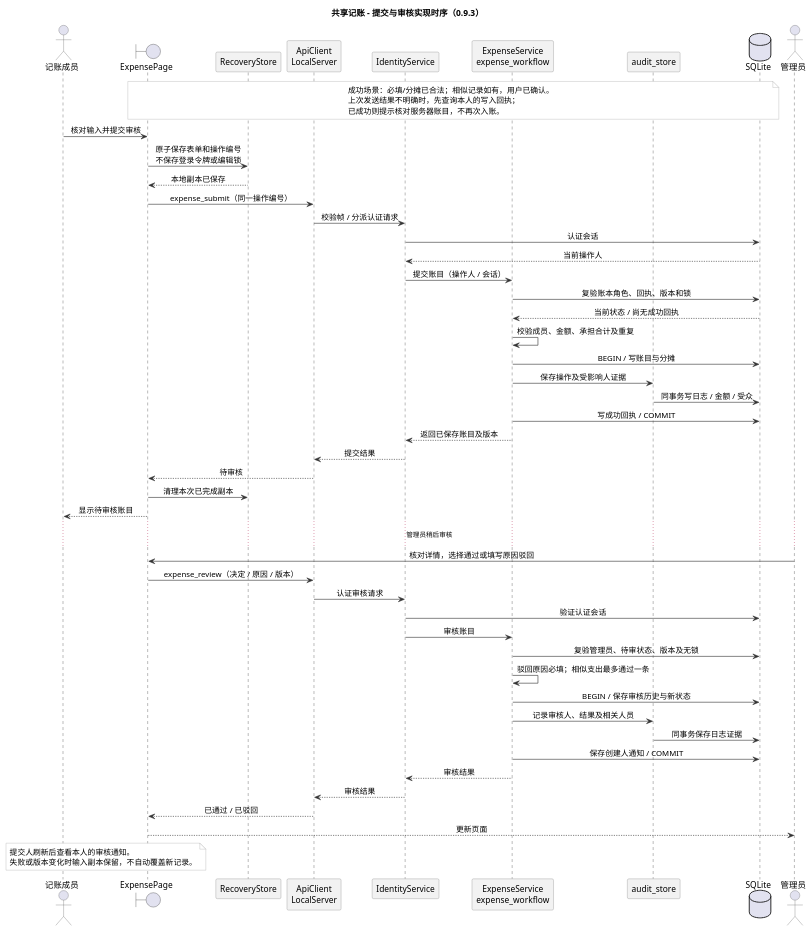
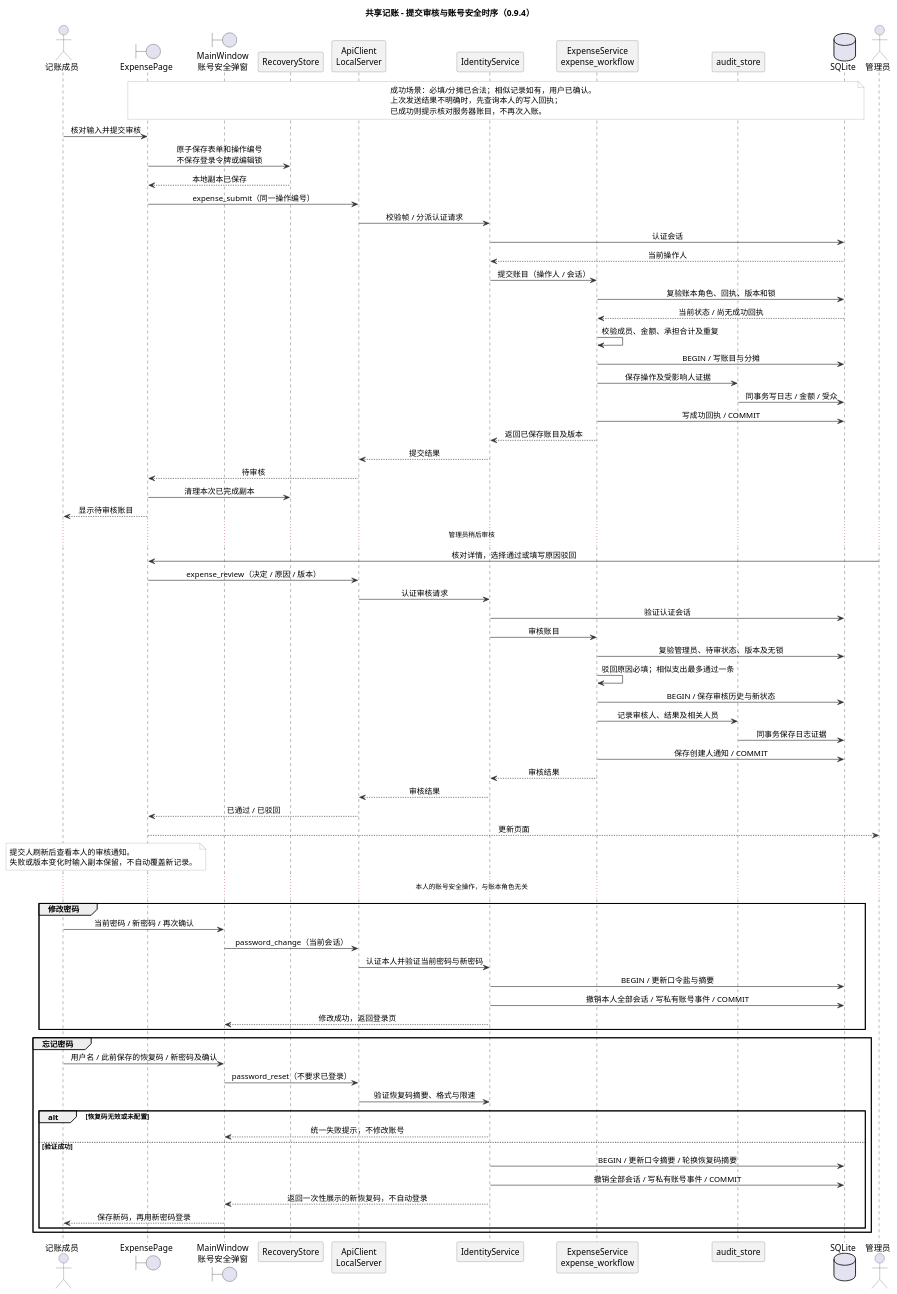
The diagram in lab3/UML/UML时序图.puml (mengluoxingchen/SoftwareProject-lab1), drawn with PlantUML before and after one commit. The commit also changed 27 other files, not shown here.

```diff
--- a/lab3/UML/UML时序图.puml
+++ b/lab3/UML/UML时序图.puml
@@ -1,69 +1,93 @@
 @startuml
 skinparam backgroundColor white
 skinparam shadowing false
 skinparam defaultFontName Microsoft YaHei
 skinparam sequenceMessageAlign center
 skinparam ParticipantBackgroundColor #F2F2F2
 skinparam ParticipantBorderColor #777777
 skinparam ActorBorderColor #555555
 skinparam ArrowColor #333333
 skinparam NoteBackgroundColor #FFFFFF
 skinparam NoteBorderColor #999999
-title 共享记账 - 提交与审核实现时序（0.9.3）
+title 共享记账 - 提交审核与账号安全时序（0.9.4）
 actor "记账成员" as Member
 boundary "ExpensePage" as UI
+boundary "MainWindow\n账号安全弹窗" as SecurityUI
 participant "RecoveryStore" as Local
 participant "ApiClient\nLocalServer" as IPC
 participant "IdentityService" as Identity
 participant "ExpenseService\nexpense_workflow" as Expense
 participant "audit_store" as Audit
 database "SQLite" as DB
 actor "管理员" as Admin
 
 note over UI, DB
 成功场景：必填/分摊已合法；相似记录如有，用户已确认。
 上次发送结果不明确时，先查询本人的写入回执；
 已成功则提示核对服务器账目，不再次入账。
 end note
 Member -> UI : 核对输入并提交审核
 UI -> Local : 原子保存表单和操作编号\n不保存登录令牌或编辑锁
 Local --> UI : 本地副本已保存
 UI -> IPC : expense_submit（同一操作编号）
 IPC -> Identity : 校验帧 / 分派认证请求
 Identity -> DB : 认证会话
 DB --> Identity : 当前操作人
 Identity -> Expense : 提交账目（操作人 / 会话）
 Expense -> DB : 复验账本角色、回执、版本和锁
 DB --> Expense : 当前状态 / 尚无成功回执
 Expense -> Expense : 校验成员、金额、承担合计及重复
 Expense -> DB : BEGIN / 写账目与分摊
 Expense -> Audit : 保存操作及受影响人证据
 Audit -> DB : 同事务写日志 / 金额 / 受众
 Expense -> DB : 写成功回执 / COMMIT
 Expense --> Identity : 返回已保存账目及版本
 Identity --> IPC : 提交结果
 IPC --> UI : 待审核
 UI -> Local : 清理本次已完成副本
 UI --> Member : 显示待审核账目
 
 ... 管理员稍后审核 ...
 Admin -> UI : 核对详情，选择通过或填写原因驳回
 UI -> IPC : expense_review（决定 / 原因 / 版本）
 IPC -> Identity : 认证审核请求
 Identity -> DB : 验证认证会话
 Identity -> Expense : 审核账目
 Expense -> DB : 复验管理员、待审状态、版本及无锁
 Expense -> Expense : 驳回原因必填；相似支出最多通过一条
 Expense -> DB : BEGIN / 保存审核历史与新状态
 Expense -> Audit : 记录审核人、结果及相关人员
 Audit -> DB : 同事务保存日志证据
 Expense -> DB : 保存创建人通知 / COMMIT
 Expense --> Identity : 审核结果
 Identity --> IPC : 审核结果
 IPC --> UI : 已通过 / 已驳回
 UI --> Admin : 更新页面
 note over Member, UI
   提交人刷新后查看本人的审核通知。
   失败或版本变化时输入副本保留，不自动覆盖新记录。
 end note
+
+... 本人的账号安全操作，与账本角色无关 ...
+group 修改密码
+Member -> SecurityUI : 当前密码 / 新密码 / 再次确认
+SecurityUI -> IPC : password_change（当前会话）
+IPC -> Identity : 认证本人并验证当前密码与新密码
+Identity -> DB : BEGIN / 更新口令盐与摘要
+Identity -> DB : 撤销本人全部会话 / 写私有账号事件 / COMMIT
+Identity --> SecurityUI : 修改成功，返回登录页
+end
+group 忘记密码
+Member -> SecurityUI : 用户名 / 此前保存的恢复码 / 新密码及确认
+SecurityUI -> IPC : password_reset（不要求已登录）
+IPC -> Identity : 验证恢复码摘要、格式与限速
+alt 恢复码无效或未配置
+  Identity --> SecurityUI : 统一失败提示，不修改账号
+else 验证成功
+  Identity -> DB : BEGIN / 更新口令摘要 / 轮换恢复码摘要
+  Identity -> DB : 撤销全部会话 / 写私有账号事件 / COMMIT
+  Identity --> SecurityUI : 返回一次性展示的新恢复码，不自动登录
+  SecurityUI --> Member : 保存新码，再用新密码登录
+end
+end
 @enduml
```
